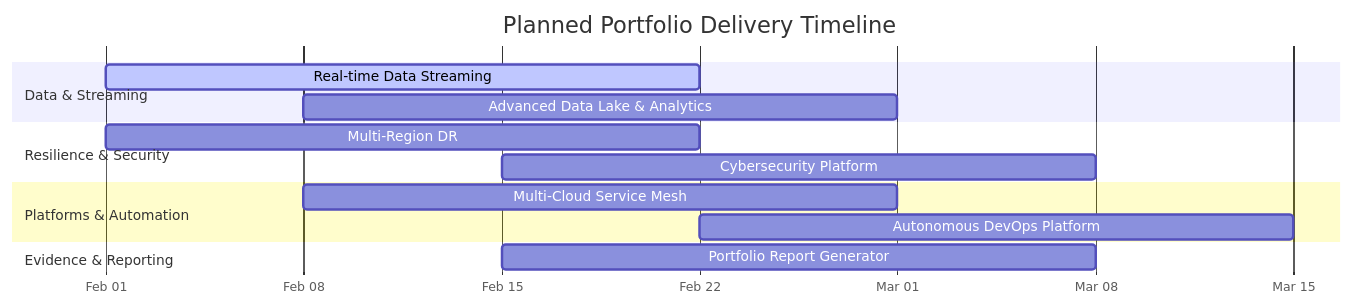
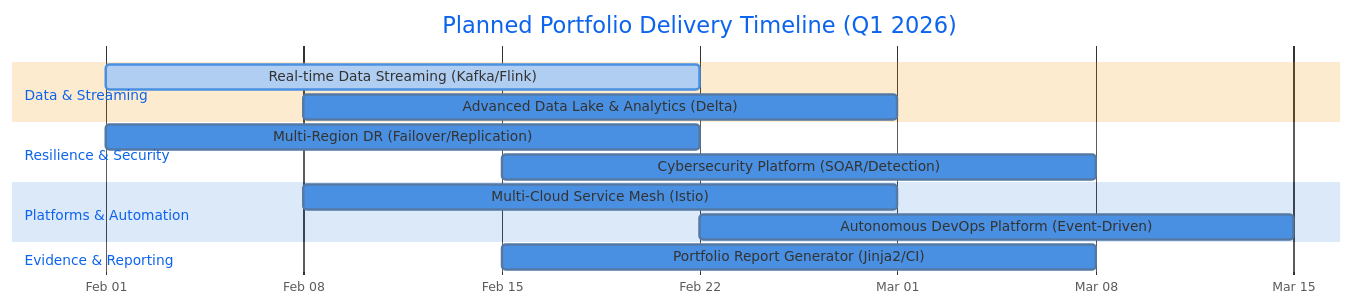
The first of 28 diagrams in README.md (samueljackson-collab/Samueljackson-collab), drawn with Mermaid before and after one commit. The commit also changed other lines of this file, not shown here.

Commit message:
Fix and enhance all 28 Mermaid diagrams with detailed styling

````diff
--- a/README.md
+++ b/README.md
@@ -195,21 +195,22 @@
 ```mermaid
+%%{init: {'theme':'base', 'themeVariables': { 'primaryColor':'#4a90e2','secondaryColor':'#50C878','tertiaryColor':'#f39c12'}}}%%
 gantt
-    title Planned Portfolio Delivery Timeline
+    title Planned Portfolio Delivery Timeline (Q1 2026)
     dateFormat  YYYY-MM-DD
     axisFormat  %b %d
 
     section Data & Streaming
-    Real-time Data Streaming       :active, stream_p0, 2026-02-01, 21d
-    Advanced Data Lake & Analytics :datalake_p0, 2026-02-08, 21d
+    Real-time Data Streaming (Kafka/Flink)       :active, stream_p0, 2026-02-01, 21d
+    Advanced Data Lake & Analytics (Delta)       :datalake_p0, 2026-02-08, 21d
 
     section Resilience & Security
-    Multi-Region DR                :dr_p0, 2026-02-01, 21d
-    Cybersecurity Platform         :detection_p0, 2026-02-15, 21d
+    Multi-Region DR (Failover/Replication)       :dr_p0, 2026-02-01, 21d
+    Cybersecurity Platform (SOAR/Detection)      :detection_p0, 2026-02-15, 21d
 
     section Platforms & Automation
-    Multi-Cloud Service Mesh       :mesh_p0, 2026-02-08, 21d
-    Autonomous DevOps Platform     :auto_p0, 2026-02-22, 21d
+    Multi-Cloud Service Mesh (Istio)             :mesh_p0, 2026-02-08, 21d
+    Autonomous DevOps Platform (Event-Driven)    :auto_p0, 2026-02-22, 21d
 
     section Evidence & Reporting
-    Portfolio Report Generator     :report_p0, 2026-02-15, 21d
+    Portfolio Report Generator (Jinja2/CI)       :report_p0, 2026-02-15, 21d
 ```
````
